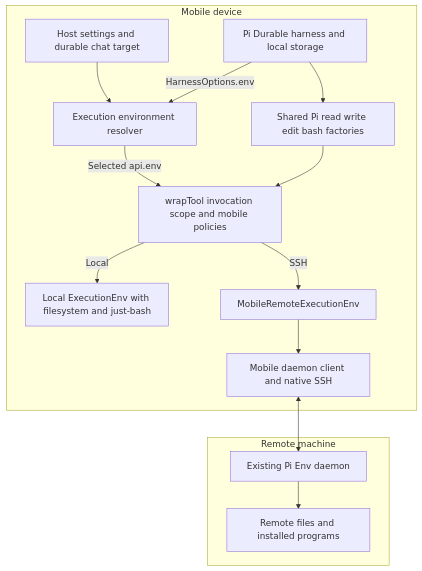
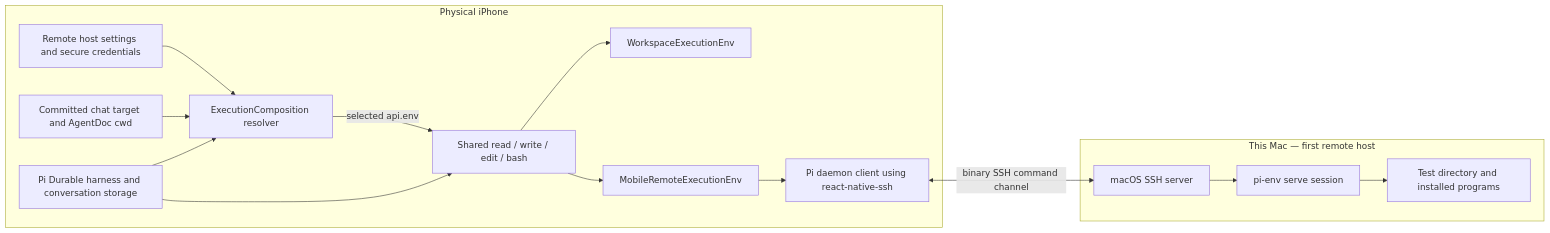
Before and after one commit to VikashLoomba/expo-pi: the diagram in docs/remote-ssh-execution.md, drawn with Mermaid. The commit also changed other lines of this file and 53 other files, not shown here.

````diff
--- a/docs/remote-ssh-execution.md
+++ b/docs/remote-ssh-execution.md
@@ -41,27 +28,29 @@
 ```mermaid
-flowchart TB
-  subgraph Device[Mobile device]
-    Config[Host settings and durable chat target]
-    Harness[Pi Durable harness and local storage]
-    Resolver[Execution environment resolver]
-    Tools[Shared Pi read write edit bash factories]
-    Scope[wrapTool invocation scope and mobile policies]
-    Local[Local ExecutionEnv with filesystem and just-bash]
+flowchart LR
+  subgraph Phone[Physical iPhone]
+    Settings[Remote host settings and secure credentials]
+    Target[Committed chat target and AgentDoc cwd]
+    Harness[Pi Durable harness and conversation storage]
+    Resolver[ExecutionComposition resolver]
+    Tools[Shared read / write / edit / bash]
+    Local[WorkspaceExecutionEnv]
     Remote[MobileRemoteExecutionEnv]
-    SSH[Mobile daemon client and native SSH]
-    Config --> Resolver
-    Harness -->|HarnessOptions.env| Resolver
+    Transport[Pi daemon client using react-native-ssh]
+    Settings --> Resolver
+    Target --> Resolver
+    Harness --> Resolver
     Harness --> Tools
-    Resolver -->|Selected api.env| Scope
-    Tools --> Scope
-    Scope -->|Local| Local
-    Scope -->|SSH| Remote
-    Remote --> SSH
+    Resolver -->|selected api.env| Tools
+    Tools --> Local
+    Tools --> Remote
+    Remote --> Transport
   end
-  subgraph Machine[Remote machine]
-    Daemon[Existing Pi Env daemon]
-    Computer[Remote files and installed programs]
-    Daemon --> Computer
+  subgraph Mac[This Mac — first remote host]
+    SSH[macOS SSH server]
+    Daemon[pi-env serve session]
+    Files[Test directory and installed programs]
+    SSH --> Daemon
+    Daemon --> Files
   end
-  SSH <--> Daemon
+  Transport <-->|binary SSH command channel| SSH
 ```
````
